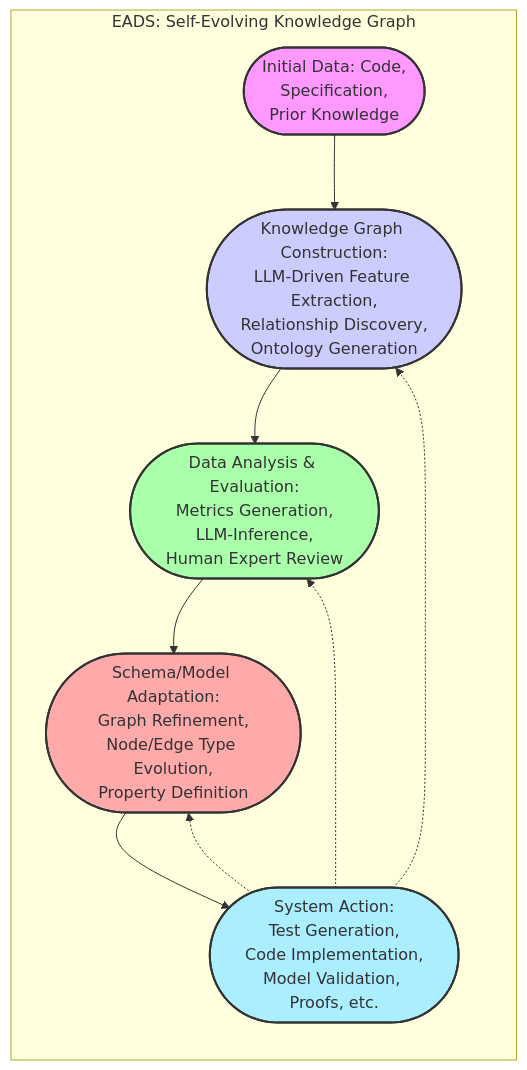
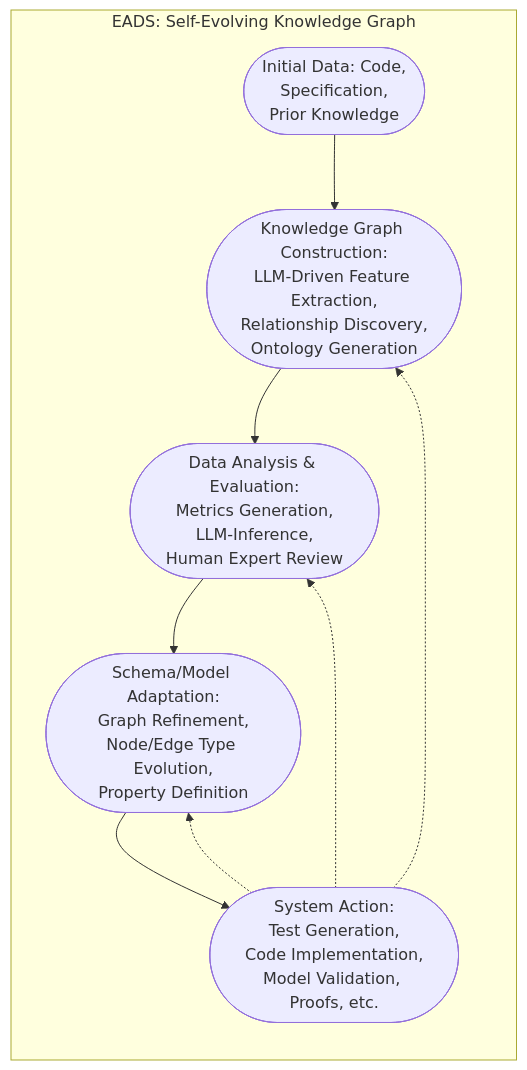
Before and after one commit to nshkrdotcom/EADS: the fourth of 4 diagrams in docs/EADS-20241211-2.md, drawn with Mermaid. The commit also changed other lines of this file and 1 other file, not shown here.

````diff
--- a/docs/EADS-20241211-2.md
+++ b/docs/EADS-20241211-2.md
@@ -261,32 +236,20 @@
 ```mermaid
 graph TB
     subgraph EADS["EADS: Self-Evolving Knowledge Graph"]
         direction TB
 
         InitialData([Initial Data: Code,<br>Specification,<br>Prior Knowledge])
-        style InitialData fill:#f9f,stroke:#333,stroke-width:2px
-
-
         KG_Construction([Knowledge Graph Construction:<br>LLM-Driven Feature Extraction,<br>Relationship Discovery,<br>Ontology Generation])
-        style KG_Construction fill:#ccf,stroke:#333,stroke-width:2px
-
         DataAnalysis([Data Analysis & Evaluation:<br>Metrics Generation,<br>LLM-Inference,<br>Human Expert Review])
-        style DataAnalysis fill:#afa,stroke:#333,stroke-width:2px
-
         Schema_Adaptation([Schema/Model Adaptation:<br>Graph Refinement,<br>Node/Edge Type Evolution,<br>Property Definition])
-        style Schema_Adaptation fill:#faa,stroke:#333,stroke-width:2px
-
-
         Action([System Action:<br>Test Generation,<br>Code Implementation,<br>Model Validation, Proofs, etc.])
-        style Action fill:#aef,stroke:#333,stroke-width:2px
-
 
         InitialData --> KG_Construction
         KG_Construction --> DataAnalysis
         DataAnalysis --> Schema_Adaptation
         Schema_Adaptation --> Action
         Action  -.->  KG_Construction
         Action  -.-> Schema_Adaptation
         Action -.->  DataAnalysis
     end
 ```
````
